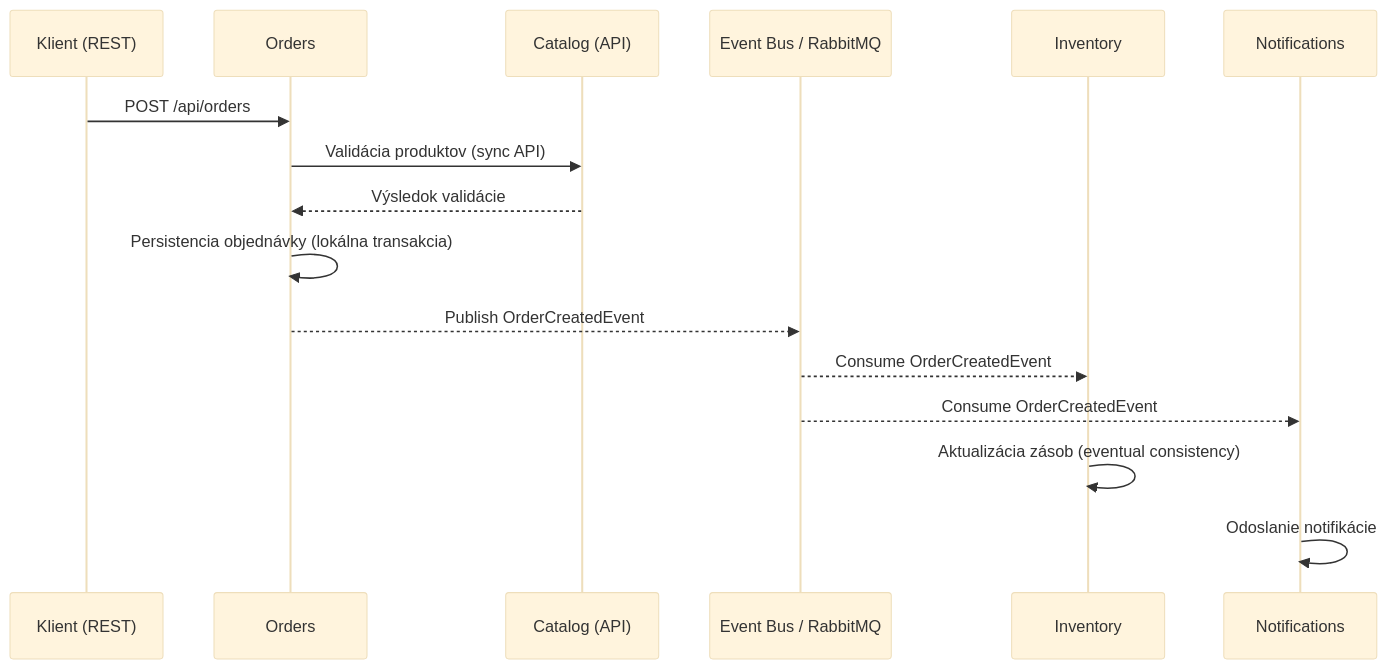
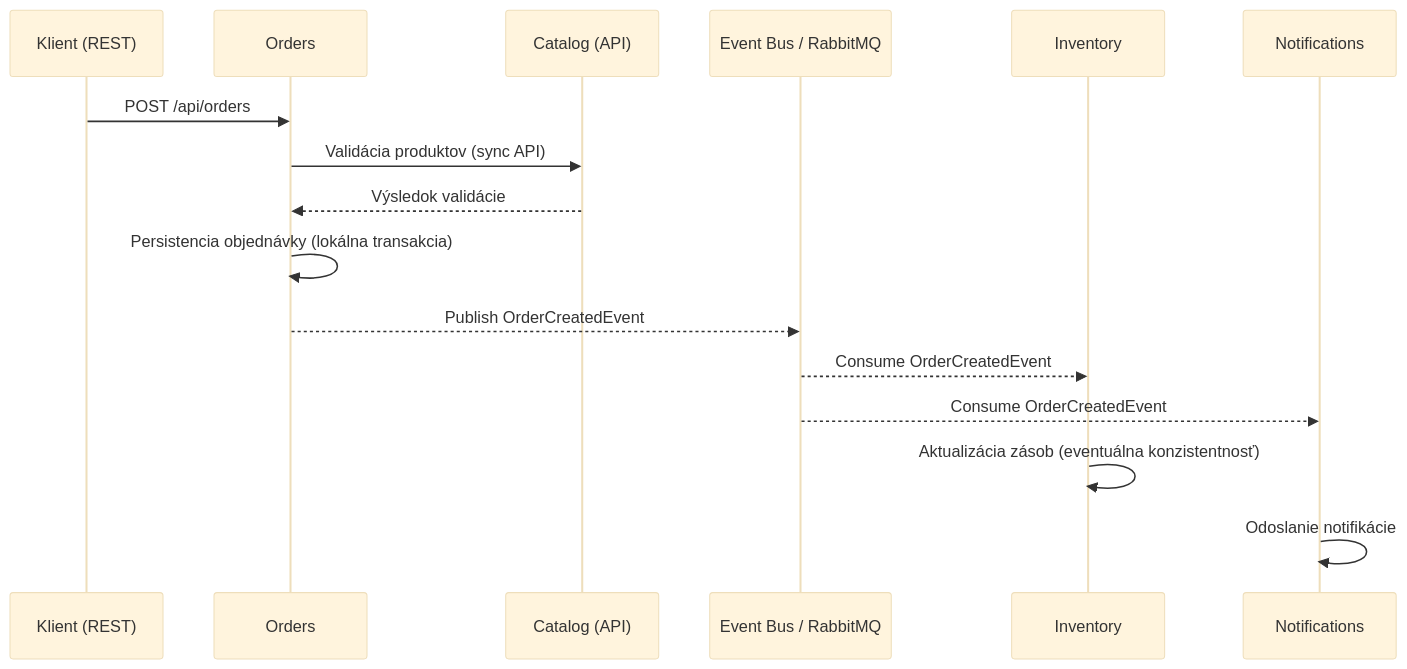
Before and after one commit to andrejvysny/spring-modular-monolith: the second of 8 diagrams in AS_project_draft.md, drawn with Mermaid (base theme). The commit also changed other lines of this file, not shown here.

````diff
--- a/AS_project_draft.md
+++ b/AS_project_draft.md
@@ -147,19 +147,19 @@
 ```mermaid
 sequenceDiagram
   participant Client as Klient (REST)
   participant Orders as Orders
   participant Catalog as Catalog (API)
   participant Bus as Event Bus / RabbitMQ
   participant Inv as Inventory
   participant Notif as Notifications
 
   Client->>Orders: POST /api/orders
   Orders->>Catalog: Validácia produktov (sync API)
   Catalog-->>Orders: Výsledok validácie
   Orders->>Orders: Persistencia objednávky (lokálna transakcia)
   Orders-->>Bus: Publish OrderCreatedEvent
   Bus-->>Inv: Consume OrderCreatedEvent
   Bus-->>Notif: Consume OrderCreatedEvent
-  Inv->>Inv: Aktualizácia zásob (eventual consistency)
+  Inv->>Inv: Aktualizácia zásob (eventuálna konzistentnosť)
   Notif->>Notif: Odoslanie notifikácie
 ```
````
